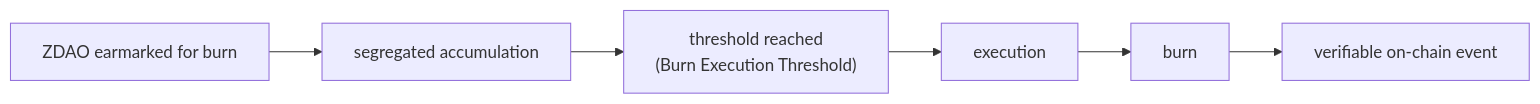
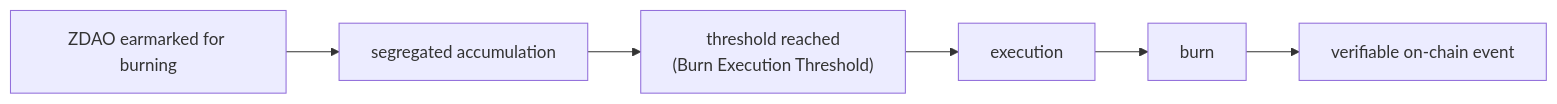
Before and after one commit to blockvault-ai/zero-energy: the third of 3 diagrams in docs/tokenomics/01-zero-dao.md, drawn with Mermaid. The commit also changed other lines of this file and 2 other files, not shown here.

````diff
--- a/docs/tokenomics/01-zero-dao.md
+++ b/docs/tokenomics/01-zero-dao.md
@@ -97,6 +115,6 @@
 ```mermaid
 flowchart LR
-    A[ZDAO earmarked for burn] --> B[segregated accumulation]
+    A[ZDAO earmarked for burning] --> B[segregated accumulation]
     B --> C["threshold reached<br/>(Burn Execution Threshold)"]
     C --> D[execution] --> E[burn] --> F[verifiable on-chain event]
 ```
````
